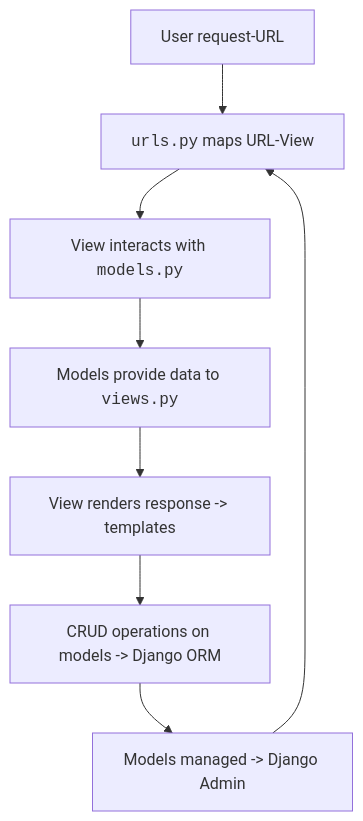
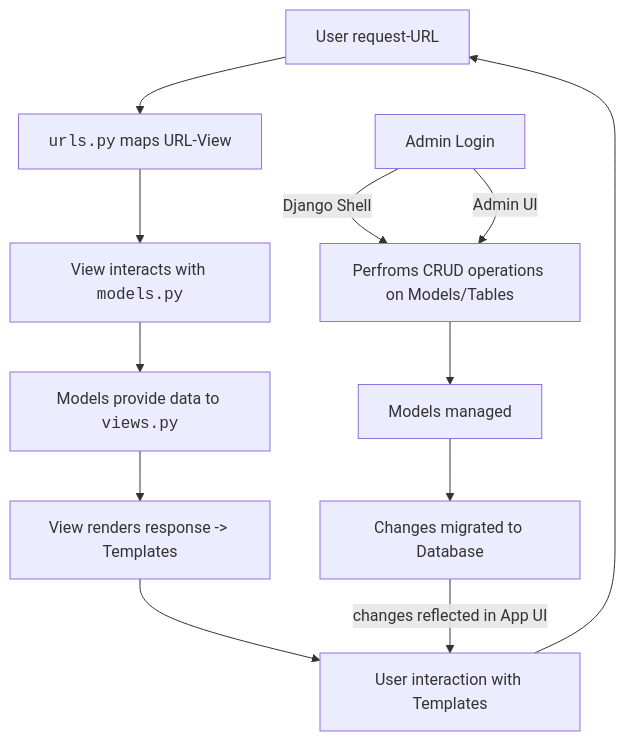
One commit to prak112/cs50-webdev changed the diagram in django/databases101/README.md. Above: the diagram before and after it, drawn with Mermaid.

Commit message:
django workflow corrections

````diff
--- a/django/databases101/README.md
+++ b/django/databases101/README.md
@@ -298,18 +298,24 @@
 ```mermaid
 graph TB
     A[User request-URL]
     B[<code>urls.py</code> maps URL-View]
     C[View interacts with <code>models.py</code>]
     D[Models provide data to <code>views.py</code>]
-    E[View renders response -> templates]
-    F[CRUD operations on models -> Django ORM]
-    G[Models managed -> Django Admin]
-
+    E[View renders response -> Templates]
+    F[User interaction with Templates]
     A --> B
     B --> C
     C --> D
     D --> E
     E --> F
-    F --> G
-    G --> B
+    F --> A
+
+    G[Admin Login]
+    G -->|Django Shell| H
+    G -->|Admin UI|H
+    H[Perfroms CRUD operations on Models/Tables]
+    H --> I[Models managed]
+    J[Changes migrated to Database]
+    I --> J
+    J -->|changes reflected in App UI| F 
 ```
````
